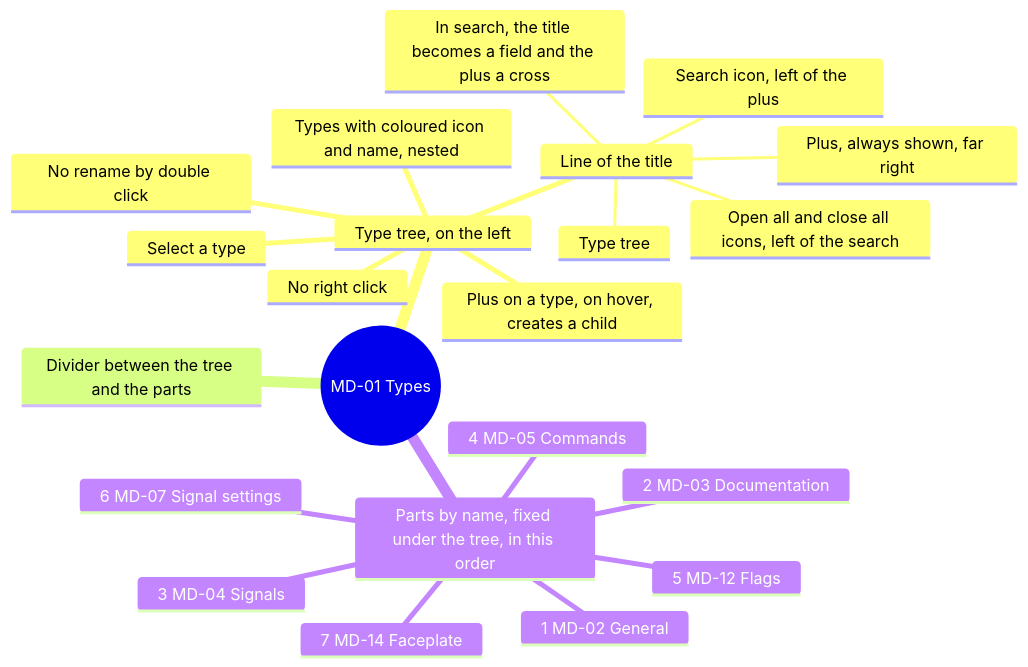
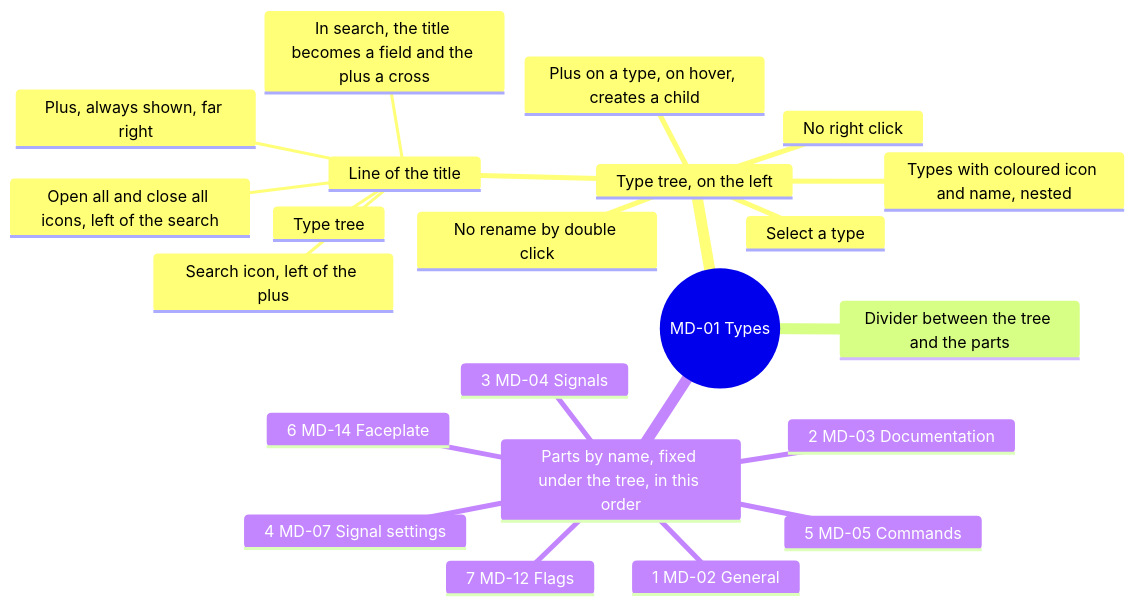
The second of 17 diagrams in screens/metadata.md (AlexandreGallais/synoptic-studio-spec), drawn with Mermaid before and after one commit. The commit also changed other lines of this file and 65 other files, not shown here.

````diff
--- a/screens/metadata.md
+++ b/screens/metadata.md
@@ -44,25 +44,25 @@
 ```mermaid
 mindmap
   root((MD-01 Types))
     Type tree, on the left
       Line of the title
         Type tree
         Open all and close all icons, left of the search
         Search icon, left of the plus
         Plus, always shown, far right
         In search, the title becomes a field and the plus a cross
       Types with coloured icon and name, nested
       Plus on a type, on hover, creates a child
       Select a type
       No right click
       No rename by double click
     Divider between the tree and the parts
     Parts by name, fixed under the tree, in this order
       1 MD-02 General
       2 MD-03 Documentation
       3 MD-04 Signals
-      4 MD-05 Commands
-      5 MD-12 Flags
-      6 MD-07 Signal settings
-      7 MD-14 Faceplate
+      4 MD-07 Signal settings
+      5 MD-05 Commands
+      6 MD-14 Faceplate
+      7 MD-12 Flags
 ```
````
